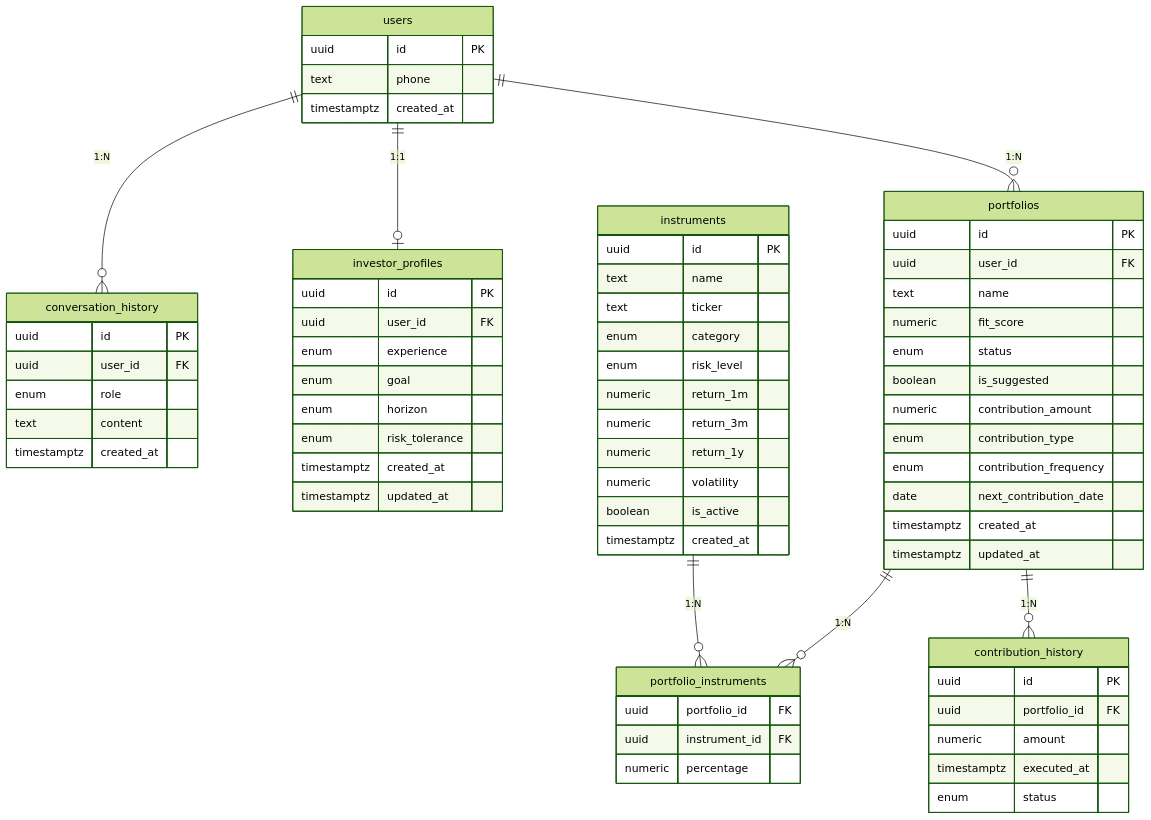
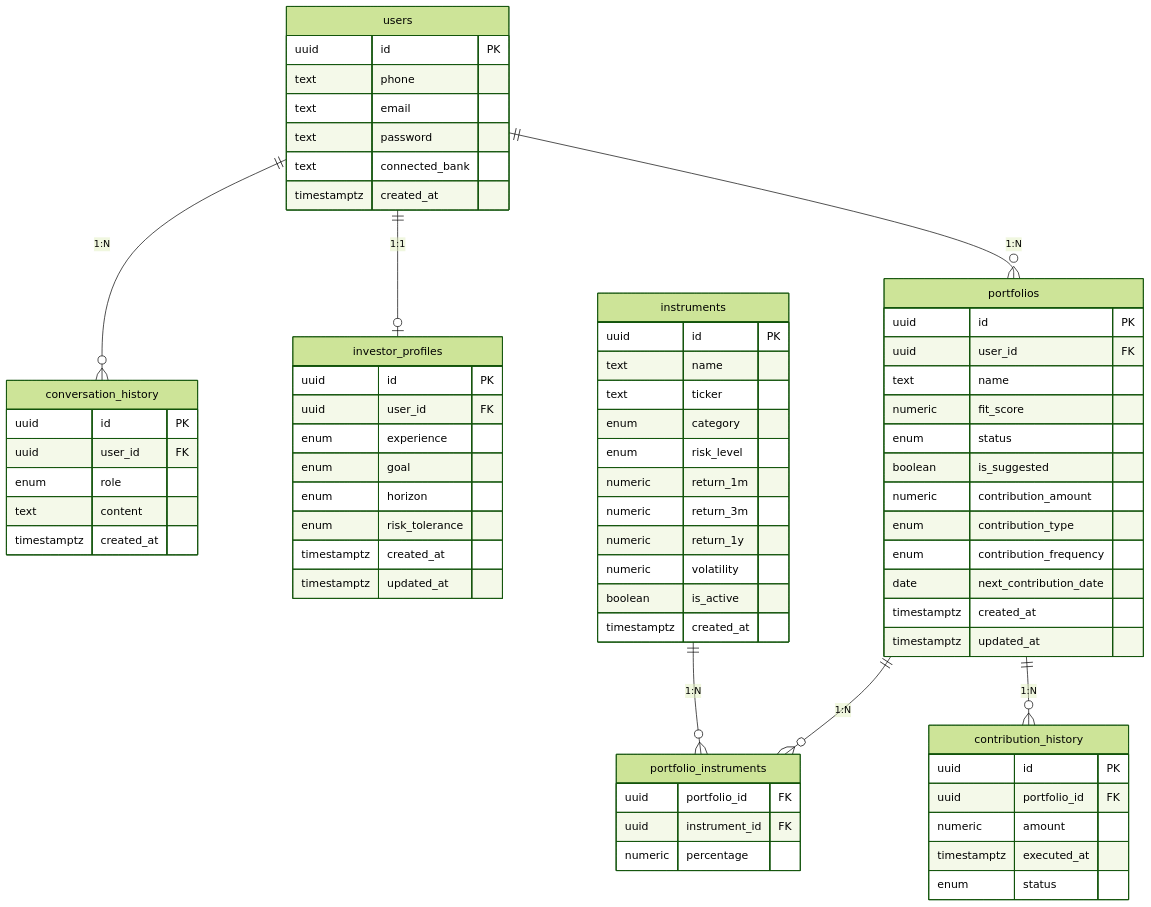
Before and after one commit to merianro/hackitba-2026: the second of 2 diagrams in docs/specs/spec-tecnica.md, drawn with Mermaid (forest theme). The commit also changed other lines of this file and 2 other files, not shown here.

````diff
--- a/docs/specs/spec-tecnica.md
+++ b/docs/specs/spec-tecnica.md
@@ -387,71 +348,74 @@
 ```mermaid
 erDiagram
     users {
         uuid id PK
         text phone
+        text email
+        text password
+        text connected_bank
         timestamptz created_at
     }
     conversation_history {
         uuid id PK
         uuid user_id FK
         enum role
         text content
         timestamptz created_at
     }
     investor_profiles {
         uuid id PK
         uuid user_id FK
         enum experience
         enum goal
         enum horizon
         enum risk_tolerance
         timestamptz created_at
         timestamptz updated_at
     }
     portfolios {
         uuid id PK
         uuid user_id FK
         text name
         numeric fit_score
         enum status
         boolean is_suggested
         numeric contribution_amount
         enum contribution_type
         enum contribution_frequency
         date next_contribution_date
         timestamptz created_at
         timestamptz updated_at
     }
     portfolio_instruments {
         uuid portfolio_id FK
         uuid instrument_id FK
         numeric percentage
     }
     instruments {
         uuid id PK
         text name
         text ticker
         enum category
         enum risk_level
         numeric return_1m
         numeric return_3m
         numeric return_1y
         numeric volatility
         boolean is_active
         timestamptz created_at
     }
     contribution_history {
         uuid id PK
         uuid portfolio_id FK
         numeric amount
         timestamptz executed_at
         enum status
     }
 
     users ||--o{ conversation_history : "1:N"
     users ||--o| investor_profiles : "1:1"
     users ||--o{ portfolios : "1:N"
     portfolios ||--o{ portfolio_instruments : "1:N"
     instruments ||--o{ portfolio_instruments : "1:N"
     portfolios ||--o{ contribution_history : "1:N"
 ```
````
